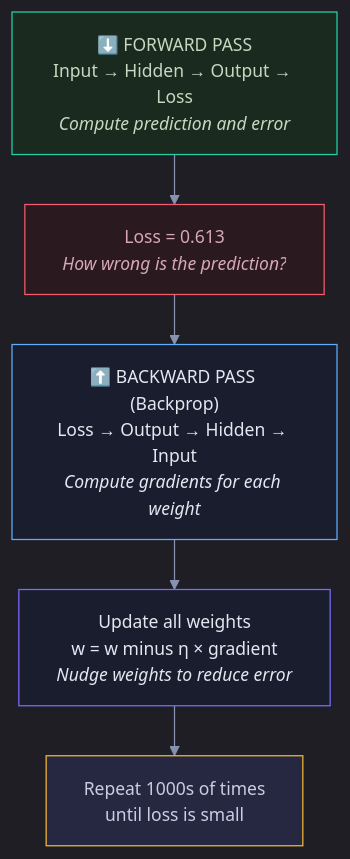
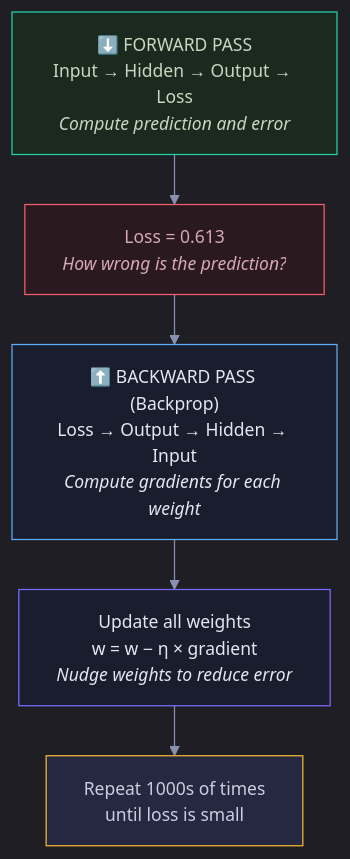
One commit to snehith1234/StudyCircle changed the fourth of 9 diagrams in Documents/Visual_Guides/Deep_Learning/Neural_Networks_Visual.md. Above: the diagram before and after it, drawn with Mermaid. The commit also changed other lines of this file and 7 other files, not shown here.

Commit message:
Fix minus/neg in Mermaid: use proper − symbol instead of words

````diff
--- a/Documents/Visual_Guides/Deep_Learning/Neural_Networks_Visual.md
+++ b/Documents/Visual_Guides/Deep_Learning/Neural_Networks_Visual.md
@@ -88,15 +88,15 @@
 ```mermaid
 %%{init: {'theme': 'dark', 'themeVariables': {'darkMode': true, 'background': '#0e1117', 'primaryColor': '#1a1d2e', 'primaryTextColor': '#e2e8f0', 'primaryBorderColor': '#2d3148', 'lineColor': '#8892b0', 'secondaryColor': '#252840', 'tertiaryColor': '#1a1d2e', 'fontSize': '14px', 'edgeLabelBackground': '#0e1117'}, 'flowchart': {'nodeSpacing': 30, 'rankSpacing': 40, 'padding': 15, 'htmlLabels': true}}}%%
 graph TD
     FWD["⬇️ FORWARD PASS<br/>Input → Hidden → Output → Loss<br/><i>Compute prediction and error</i>"]
     FWD --> LOSS["Loss = 0.613<br/><i>How wrong is the prediction?</i>"]
     LOSS --> BWD["⬆️ BACKWARD PASS (Backprop)<br/>Loss → Output → Hidden → Input<br/><i>Compute gradients for each weight</i>"]
-    BWD --> UPD["Update all weights<br/>w = w minus η × gradient<br/><i>Nudge weights to reduce error</i>"]
+    BWD --> UPD["Update all weights<br/>w = w − η × gradient<br/><i>Nudge weights to reduce error</i>"]
     UPD --> REPEAT["Repeat 1000s of times<br/>until loss is small"]
 
     style FWD fill:#1a2a1f,stroke:#22d3a7,color:#c8d8c0
     style LOSS fill:#2a1a1f,stroke:#f45d6d,color:#d8a8b8
     style BWD fill:#1a1d2e,stroke:#5eaeff,color:#e2e8f0
     style UPD fill:#1a1d2e,stroke:#7c6aff,color:#e2e8f0
     style REPEAT fill:#252840,stroke:#f5b731,color:#c8cfe0
 ```
````
